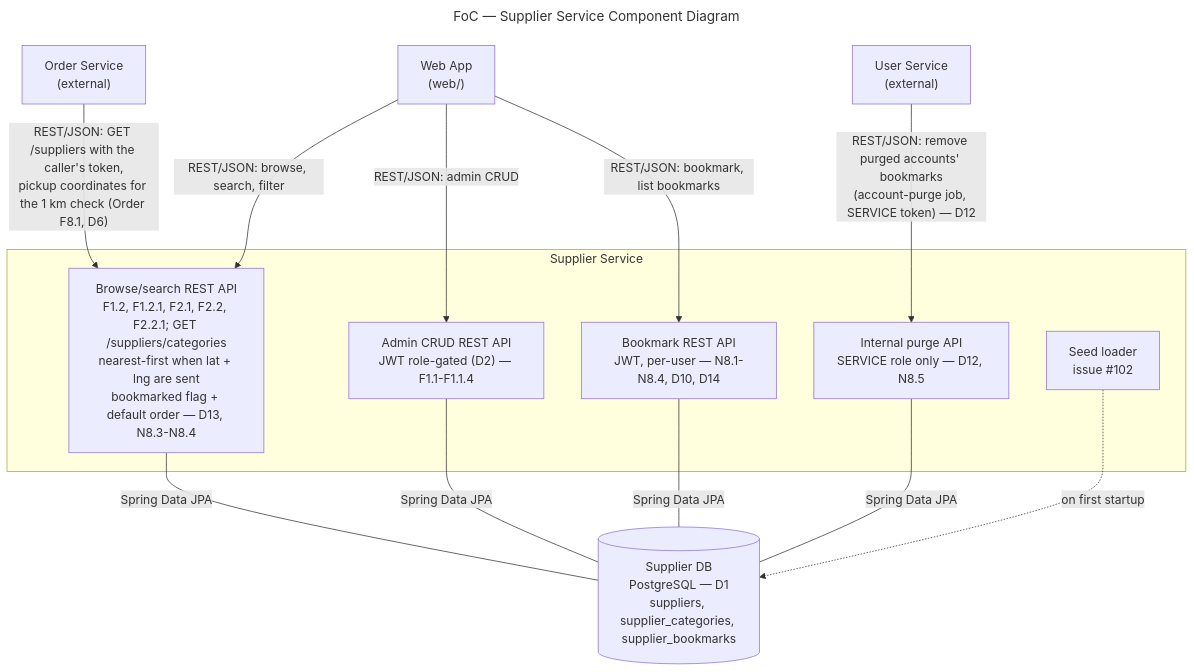
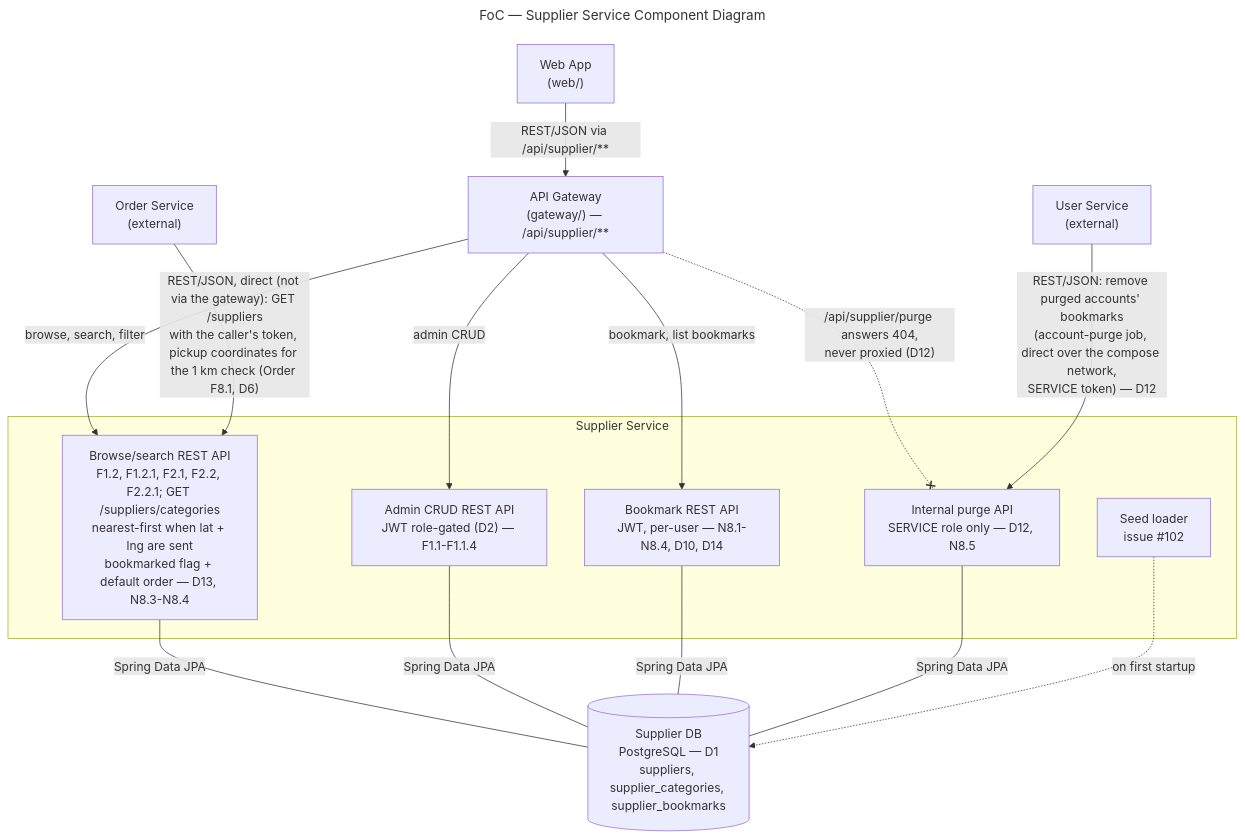
The diagram in docs/supplier-service.mmd (AY2627S1-CS3219-P23/foc), drawn with Mermaid before and after one commit. The commit also changed 1 other file, not shown here.

Commit message:
docs(supplier): show the API Gateway hop and the direct User/Order calls in the supplier diagram (#326)

```diff
--- a/docs/supplier-service.mmd
+++ b/docs/supplier-service.mmd
@@ -1,51 +1,58 @@
 ---
 title: "FoC — Supplier Service Component Diagram"
 ---
 %% AI-assisted (CS3219 AI Usage Policy disclosure):
 %% Tool: Claude, 2026-09-21; revised 2026-09-27 (Claude Code, Sonnet 5).
 %% Scope: Companion diagram to supplier-service.md, drafted from the
 %% team's finalized D1 backlog. Same status as the doc: proposals
 %% pending owner/team review (see supplier-service.md, D1-D8).
 %% 2026-09-27: dropped "zones" from the Supplier DB label — team
 %% decision to drop the zone feature (see supplier-service.md, D4).
 %% 2026-10-19 (Claude Code, Sonnet 5.5): bookmark API and table added
 %% for N8 (see supplier-service.md, D9-D12). Transcription only.
 %% 2026-10-19: browse/search API label gains the bookmarked flag and
 %% default order (D13). Transcription only.
 %% 2026-10-26 (Claude Code, Sonnet 5.5): internal purge API and the User
 %% Service's call to it added (D12); table name in the DB label.
 %% Transcription only.
 %% 2026-11-10 (Claude Code, Sonnet 5.5), issue #326: the internal
 %% validation/lookup API box removed - no such endpoint exists; order-
 %% service reads pickup coordinates from the existing GET /suppliers
 %% (PR #322, Order F8.1), so the Order Service arrow now points at the
 %% browse/search API. Transcription only.
 %% 2026-11-10, issue #326: browse/search node gains GET /suppliers/categories
 %% and the optional lat/lng nearest-first sort (as built). Transcription only.
-%% Reviewed by: XXX
+%% 2026-11-10, issue #326: API Gateway node added - web traffic reaches the
+%% service through /api/supplier/**, the gateway answers 404 for
+%% /api/supplier/purge, and the User and Order Service calls bypass it (as
+%% built; docs/gateway.md). Transcription only.
+%% Reviewed by: Alastair Tan Choon Wei
 flowchart TB
     WEB["Web App<br/>(web/)"]
+    GATEWAY["API Gateway<br/>(gateway/) — /api/supplier/**"]
     ORDER_SVC["Order Service<br/>(external)"]
     USER_SVC["User Service<br/>(external)"]
 
     subgraph SUP["Supplier Service"]
         API["Browse/search REST API<br/>F1.2, F1.2.1, F2.1, F2.2, F2.2.1; GET /suppliers/categories<br/>nearest-first when lat + lng are sent<br/>bookmarked flag + default order — D13, N8.3-N8.4"]
         ADMIN_API["Admin CRUD REST API<br/>JWT role-gated (D2) — F1.1-F1.1.4"]
         BOOKMARK_API["Bookmark REST API<br/>JWT, per-user — N8.1-N8.4, D10, D14"]
         PURGE_API["Internal purge API<br/>SERVICE role only — D12, N8.5"]
         SEED["Seed loader<br/>issue #102"]
     end
 
     SUP_DB[("Supplier DB<br/>PostgreSQL — D1<br/>suppliers, supplier_categories, supplier_bookmarks")]
 
-    WEB -->|"REST/JSON: browse, search, filter"| API
-    WEB -->|"REST/JSON: admin CRUD"| ADMIN_API
-    WEB -->|"REST/JSON: bookmark, list bookmarks"| BOOKMARK_API
-    USER_SVC -->|"REST/JSON: remove purged accounts' bookmarks<br/>(account-purge job, SERVICE token) — D12"| PURGE_API
-    ORDER_SVC -->|"REST/JSON: GET /suppliers with the caller's token,<br/>pickup coordinates for the 1 km check (Order F8.1, D6)"| API
+    WEB -->|"REST/JSON via /api/supplier/**"| GATEWAY
+    GATEWAY -->|"browse, search, filter"| API
+    GATEWAY -->|"admin CRUD"| ADMIN_API
+    GATEWAY -->|"bookmark, list bookmarks"| BOOKMARK_API
+    GATEWAY -.-x|"/api/supplier/purge answers 404,<br/>never proxied (D12)"| PURGE_API
+    USER_SVC -->|"REST/JSON: remove purged accounts' bookmarks<br/>(account-purge job, direct over the compose network,<br/>SERVICE token) — D12"| PURGE_API
+    ORDER_SVC -->|"REST/JSON, direct (not via the gateway): GET /suppliers<br/>with the caller's token, pickup coordinates for the 1 km check (Order F8.1, D6)"| API
 
     API ---|"Spring Data JPA"| SUP_DB
     ADMIN_API ---|"Spring Data JPA"| SUP_DB
     BOOKMARK_API ---|"Spring Data JPA"| SUP_DB
     PURGE_API ---|"Spring Data JPA"| SUP_DB
     SEED -.->|"on first startup"| SUP_DB
```
